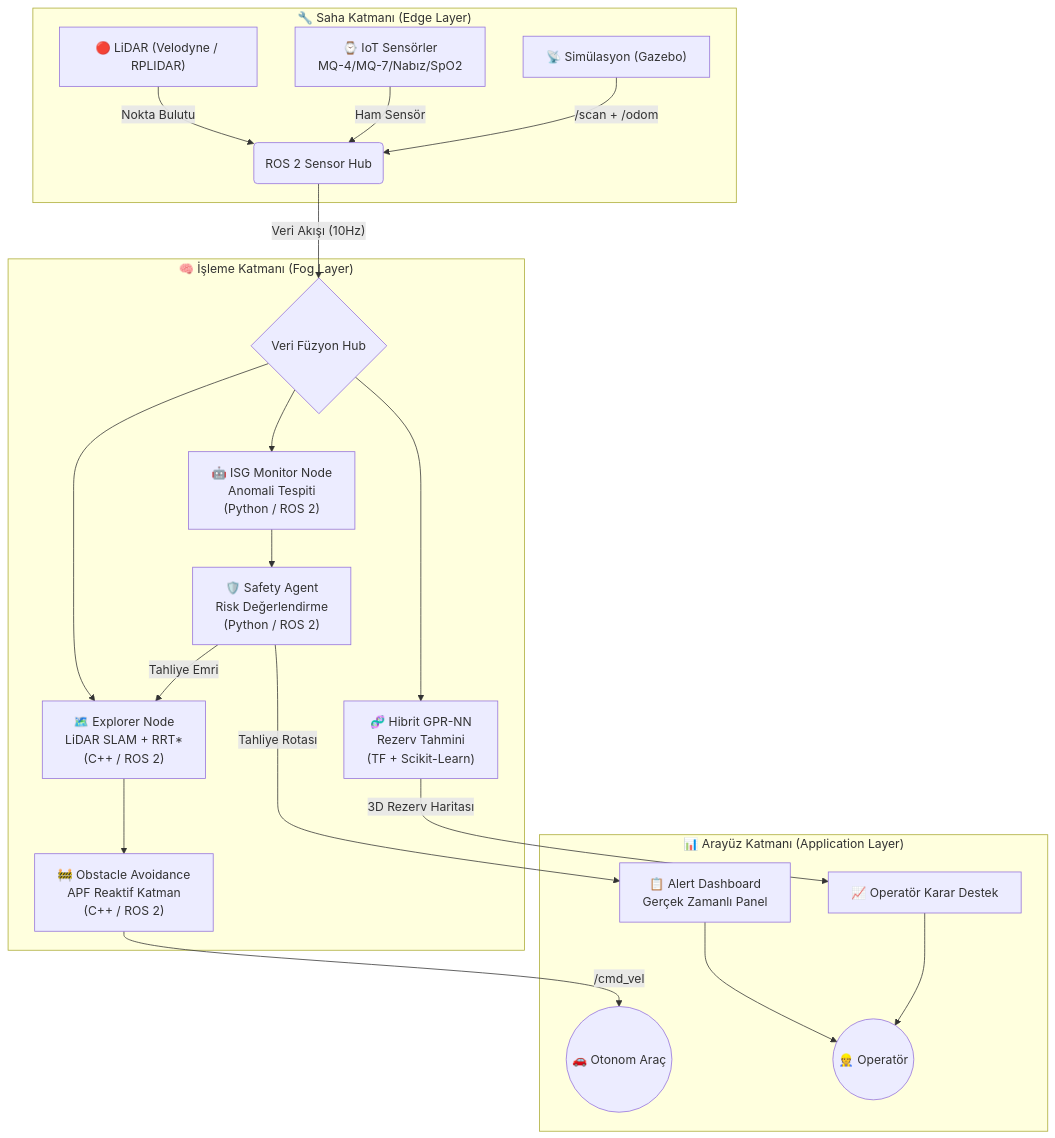
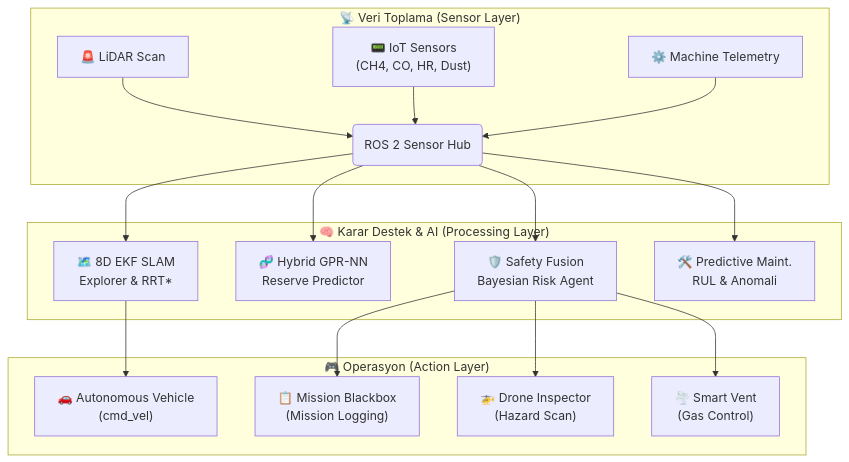
One commit to arch-yunus/teknofest_maden_teknolojileri changed the diagram in README.md. Above: the diagram before and after it, drawn with Mermaid. The commit also changed other lines of this file and 5 other files, not shown here.

Commit message:
Comprehensive development: Added Mission Blackbox Logger, updated system launch, and overhauled README with TEKNOFEST 2026 compliance matrix

````diff
--- a/README.md
+++ b/README.md
@@ -46,26 +41,22 @@
 ```mermaid
 graph TD
-    subgraph "🔧 Saha Katmanı (Edge Layer)"
-        A["🔴 LiDAR (Velodyne / RPLIDAR)"] -->|Nokta Bulutu| B(ROS 2 Sensor Hub)
-        C["⌚ IoT Sensörler<br>MQ-4/MQ-7/Nabız/SpO2"] -->|Ham Sensör| B
-        D["📡 Simülasyon (Gazebo)"] -->|/scan + /odom| B
+    subgraph "📡 Veri Toplama (Sensor Layer)"
+        L["🚨 LiDAR Scan"] --> Hub(ROS 2 Sensor Hub)
+        I["📟 IoT Sensors\n(CH4, CO, HR, Dust)"] --> Hub
+        M["⚙️ Machine Telemetry"] --> Hub
     end
 
-    subgraph "🧠 İşleme Katmanı (Fog Layer)"
-        B -->|"Veri Akışı (10Hz)"| E{Veri Füzyon Hub}
-        E --> F["🗺️ Explorer Node\nLiDAR SLAM + RRT*\n(C++ / ROS 2)"]
-        E --> G["🤖 ISG Monitor Node\nAnomali Tespiti\n(Python / ROS 2)"]
-        E --> H["🧬 Hibrit GPR-NN\nRezerv Tahmini\n(TF + Scikit-Learn)"]
-        F --> I["🚧 Obstacle Avoidance\nAPF Reaktif Katman\n(C++ / ROS 2)"]
-        G --> J["🛡️ Safety Agent\nRisk Değerlendirme\n(Python / ROS 2)"]
+    subgraph "🧠 Karar Destek & AI (Processing Layer)"
+        Hub --> Nav["🗺️ 8D EKF SLAM\nExplorer & RRT*"]
+        Hub --> AI["🧬 Hybrid GPR-NN\nReserve Predictor"]
+        Hub --> Safe["🛡️ Safety Fusion\nBayesian Risk Agent"]
+        Hub --> PM["🛠️ Predictive Maint.\nRUL & Anomali"]
     end
 
-    subgraph "📊 Arayüz Katmanı (Application Layer)"
-        I -->|"/cmd_vel"| K((🚗 Otonom Araç))
-        J -->|"Tahliye Emri"| F
-        J -->|"Tahliye Rotası"| L["📋 Alert Dashboard\nGerçek Zamanlı Panel"]
-        H -->|"3D Rezerv Haritası"| M["📈 Operatör Karar Destek"]
-        L --> N((👷 Operatör))
-        M --> N
+    subgraph "🎮 Operasyon (Action Layer)"
+        Nav --> V["🚗 Autonomous Vehicle\n(cmd_vel)"]
+        Safe --> BB["📋 Mission Blackbox\n(Mission Logging)"]
+        Safe --> D["🚁 Drone Inspector\n(Hazard Scan)"]
+        Safe --> Vent["🌪️ Smart Vent\n(Gas Control)"]
     end
 ```
````
